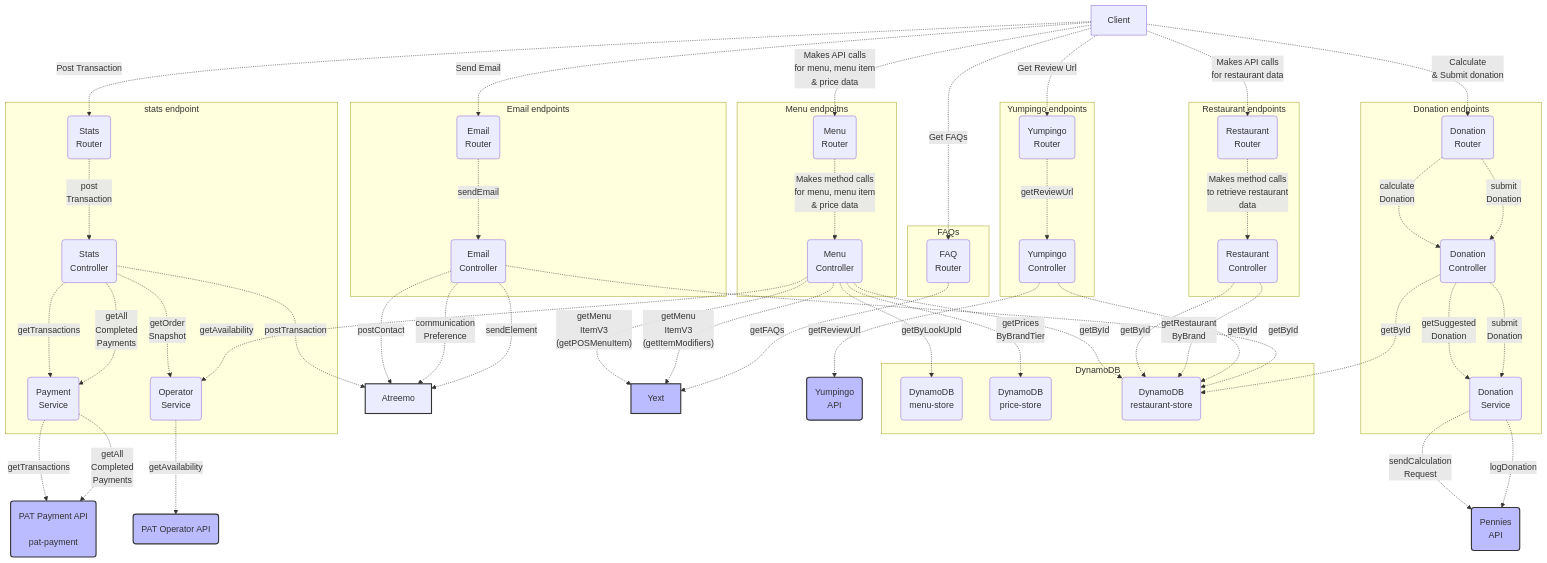
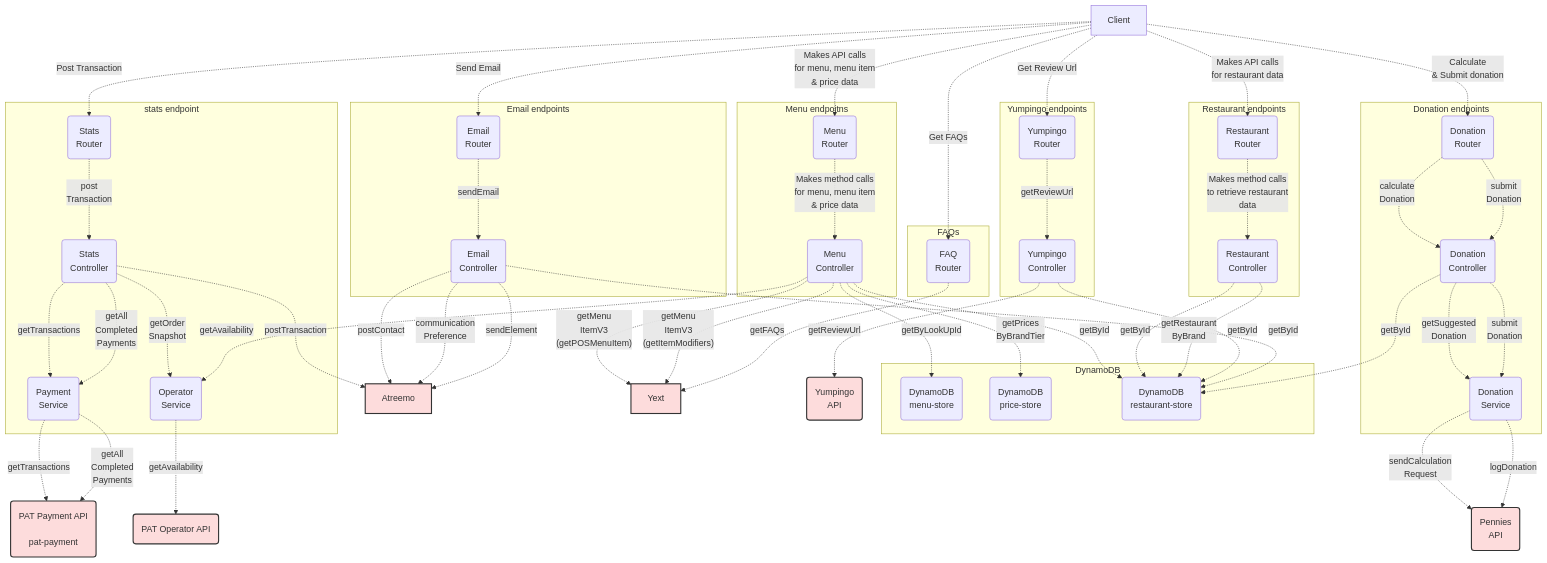
One commit to anandakumarpalanisamy/css-recipes changed the fourth of 9 diagrams in README.md. Above: the diagram before and after it, drawn with Mermaid.

```diff
--- a/README.md
+++ b/README.md
@@ -86,12 +86,12 @@
 %%{init: {'theme':'base','themeVariables': { 'lineColor': '#ffffff', }}}%%
 graph TB
 
-  style Atreemo fill:bbf,stroke:#333,stroke-width:2px
-  style Yext fill:#bbf,stroke:#333,stroke-width:2px
-  style PatOperator fill:#bbf,stroke:#333,stroke-width:2px
-  style PATPayment fill:#bbf,stroke:#333,stroke-width:2px
-  style Yumpingo fill:#bbf,stroke:#333,stroke-width:2px
-  style Pennies fill:#bbf,stroke:#333,stroke-width:2px
+  style Atreemo fill:#FDDCDC,stroke:#333,stroke-width:2px
+  style Yext fill:#FDDCDC,stroke:#333,stroke-width:2px
+  style PatOperator fill:#FDDCDC,stroke:#333,stroke-width:2px
+  style PATPayment fill:#FDDCDC,stroke:#333,stroke-width:2px
+  style Yumpingo fill:#FDDCDC,stroke:#333,stroke-width:2px
+  style Pennies fill:#FDDCDC,stroke:#333,stroke-width:2px
 
   Client -. "Makes API calls <br/>for menu, menu item<br/> & price data" .-> MenuRouter(Menu<br/>Router)
   Client -. "Makes API calls <br/>for restaurant data" .-> RestaurantRouter(Restaurant<br/>Router)
```
